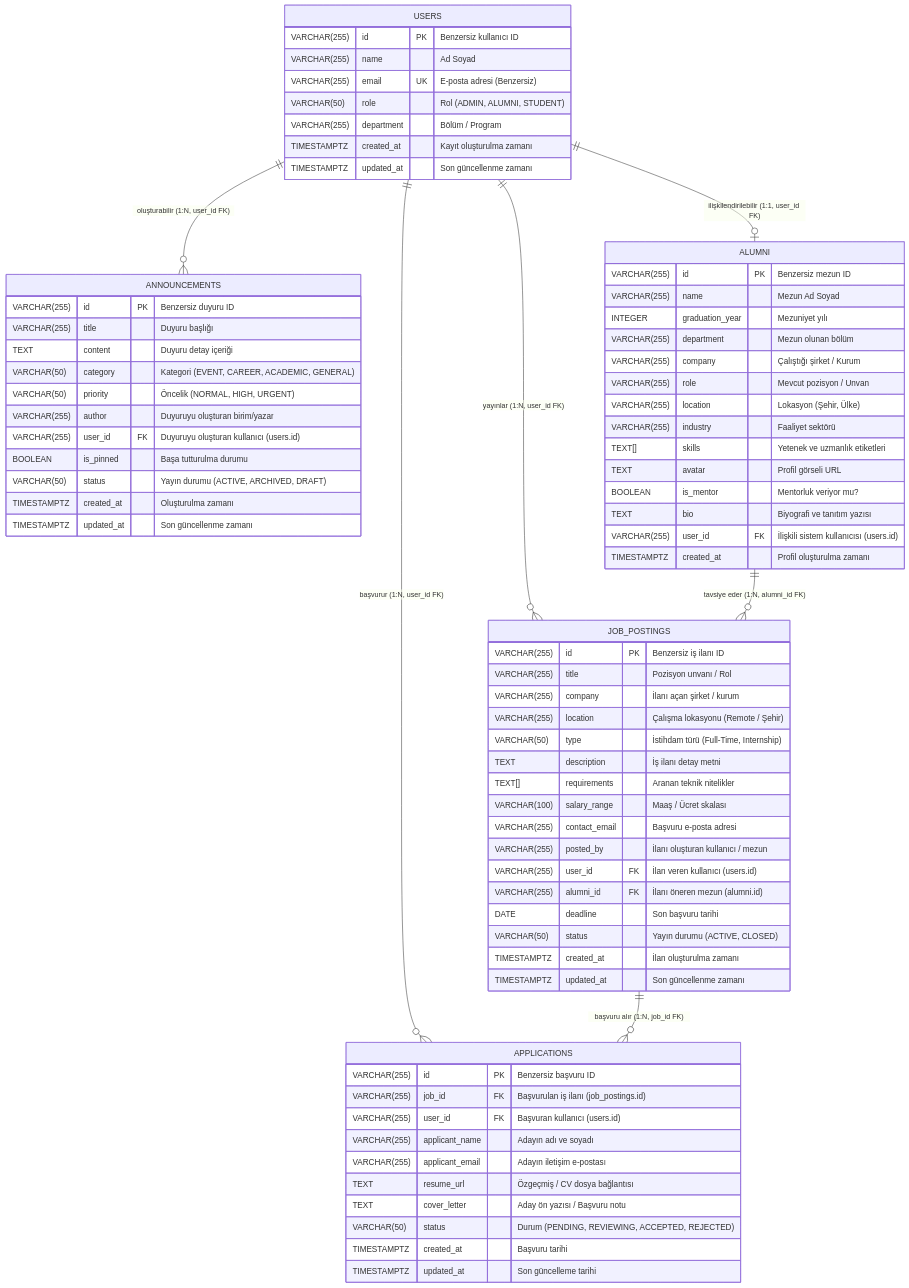
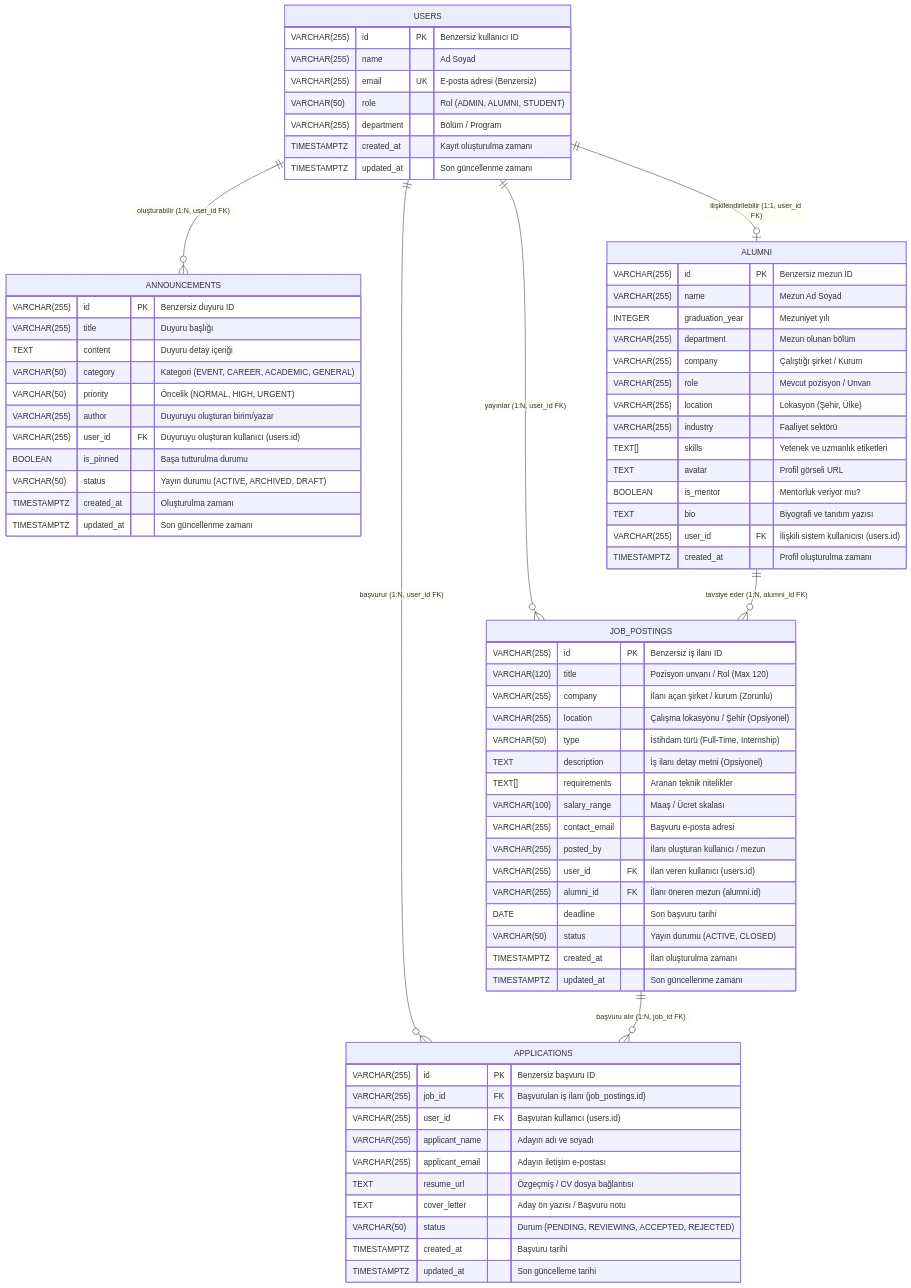
One commit to erenkilic3/Alumni changed the first of 2 diagrams in ddd.md. Above: the diagram before and after it, drawn with Mermaid. The commit also changed other lines of this file and 12 other files, not shown here.

````diff
--- a/ddd.md
+++ b/ddd.md
@@ -11,82 +11,82 @@
 ```mermaid
 erDiagram
     USERS {
         VARCHAR(255) id PK "Benzersiz kullanıcı ID"
         VARCHAR(255) name "Ad Soyad"
         VARCHAR(255) email UK "E-posta adresi (Benzersiz)"
         VARCHAR(50) role "Rol (ADMIN, ALUMNI, STUDENT)"
         VARCHAR(255) department "Bölüm / Program"
         TIMESTAMPTZ created_at "Kayıt oluşturulma zamanı"
         TIMESTAMPTZ updated_at "Son güncellenme zamanı"
     }
 
     ANNOUNCEMENTS {
         VARCHAR(255) id PK "Benzersiz duyuru ID"
         VARCHAR(255) title "Duyuru başlığı"
         TEXT content "Duyuru detay içeriği"
         VARCHAR(50) category "Kategori (EVENT, CAREER, ACADEMIC, GENERAL)"
         VARCHAR(50) priority "Öncelik (NORMAL, HIGH, URGENT)"
         VARCHAR(255) author "Duyuruyu oluşturan birim/yazar"
         VARCHAR(255) user_id FK "Duyuruyu oluşturan kullanıcı (users.id)"
         BOOLEAN is_pinned "Başa tutturulma durumu"
         VARCHAR(50) status "Yayın durumu (ACTIVE, ARCHIVED, DRAFT)"
         TIMESTAMPTZ created_at "Oluşturulma zamanı"
         TIMESTAMPTZ updated_at "Son güncellenme zamanı"
     }
 
     ALUMNI {
         VARCHAR(255) id PK "Benzersiz mezun ID"
         VARCHAR(255) name "Mezun Ad Soyad"
         INTEGER graduation_year "Mezuniyet yılı"
         VARCHAR(255) department "Mezun olunan bölüm"
         VARCHAR(255) company "Çalıştığı şirket / Kurum"
         VARCHAR(255) role "Mevcut pozisyon / Unvan"
         VARCHAR(255) location "Lokasyon (Şehir, Ülke)"
         VARCHAR(255) industry "Faaliyet sektörü"
         TEXT[] skills "Yetenek ve uzmanlık etiketleri"
         TEXT avatar "Profil görseli URL"
         BOOLEAN is_mentor "Mentorluk veriyor mu?"
         TEXT bio "Biyografi ve tanıtım yazısı"
         VARCHAR(255) user_id FK "İlişkili sistem kullanıcısı (users.id)"
         TIMESTAMPTZ created_at "Profil oluşturulma zamanı"
     }
 
     JOB_POSTINGS {
         VARCHAR(255) id PK "Benzersiz iş ilanı ID"
-        VARCHAR(255) title "Pozisyon unvanı / Rol"
-        VARCHAR(255) company "İlanı açan şirket / kurum"
-        VARCHAR(255) location "Çalışma lokasyonu (Remote / Şehir)"
+        VARCHAR(120) title "Pozisyon unvanı / Rol (Max 120)"
+        VARCHAR(255) company "İlanı açan şirket / kurum (Zorunlu)"
+        VARCHAR(255) location "Çalışma lokasyonu / Şehir (Opsiyonel)"
         VARCHAR(50) type "İstihdam türü (Full-Time, Internship)"
-        TEXT description "İş ilanı detay metni"
+        TEXT description "İş ilanı detay metni (Opsiyonel)"
         TEXT[] requirements "Aranan teknik nitelikler"
         VARCHAR(100) salary_range "Maaş / Ücret skalası"
         VARCHAR(255) contact_email "Başvuru e-posta adresi"
         VARCHAR(255) posted_by "İlanı oluşturan kullanıcı / mezun"
         VARCHAR(255) user_id FK "İlan veren kullanıcı (users.id)"
         VARCHAR(255) alumni_id FK "İlanı öneren mezun (alumni.id)"
         DATE deadline "Son başvuru tarihi"
         VARCHAR(50) status "Yayın durumu (ACTIVE, CLOSED)"
         TIMESTAMPTZ created_at "İlan oluşturulma zamanı"
         TIMESTAMPTZ updated_at "Son güncellenme zamanı"
     }
 
     APPLICATIONS {
         VARCHAR(255) id PK "Benzersiz başvuru ID"
         VARCHAR(255) job_id FK "Başvurulan iş ilanı (job_postings.id)"
         VARCHAR(255) user_id FK "Başvuran kullanıcı (users.id)"
         VARCHAR(255) applicant_name "Adayın adı ve soyadı"
         VARCHAR(255) applicant_email "Adayın iletişim e-postası"
         TEXT resume_url "Özgeçmiş / CV dosya bağlantısı"
         TEXT cover_letter "Aday ön yazısı / Başvuru notu"
         VARCHAR(50) status "Durum (PENDING, REVIEWING, ACCEPTED, REJECTED)"
         TIMESTAMPTZ created_at "Başvuru tarihi"
         TIMESTAMPTZ updated_at "Son güncelleme tarihi"
     }
 
     USERS ||--o| ALUMNI : "ilişkilendirilebilir (1:1, user_id FK)"
     USERS ||--o{ ANNOUNCEMENTS : "oluşturabilir (1:N, user_id FK)"
     USERS ||--o{ JOB_POSTINGS : "yayınlar (1:N, user_id FK)"
     ALUMNI ||--o{ JOB_POSTINGS : "tavsiye eder (1:N, alumni_id FK)"
     USERS ||--o{ APPLICATIONS : "başvurur (1:N, user_id FK)"
     JOB_POSTINGS ||--o{ APPLICATIONS : "başvuru alır (1:N, job_id FK)"
 ```
````
